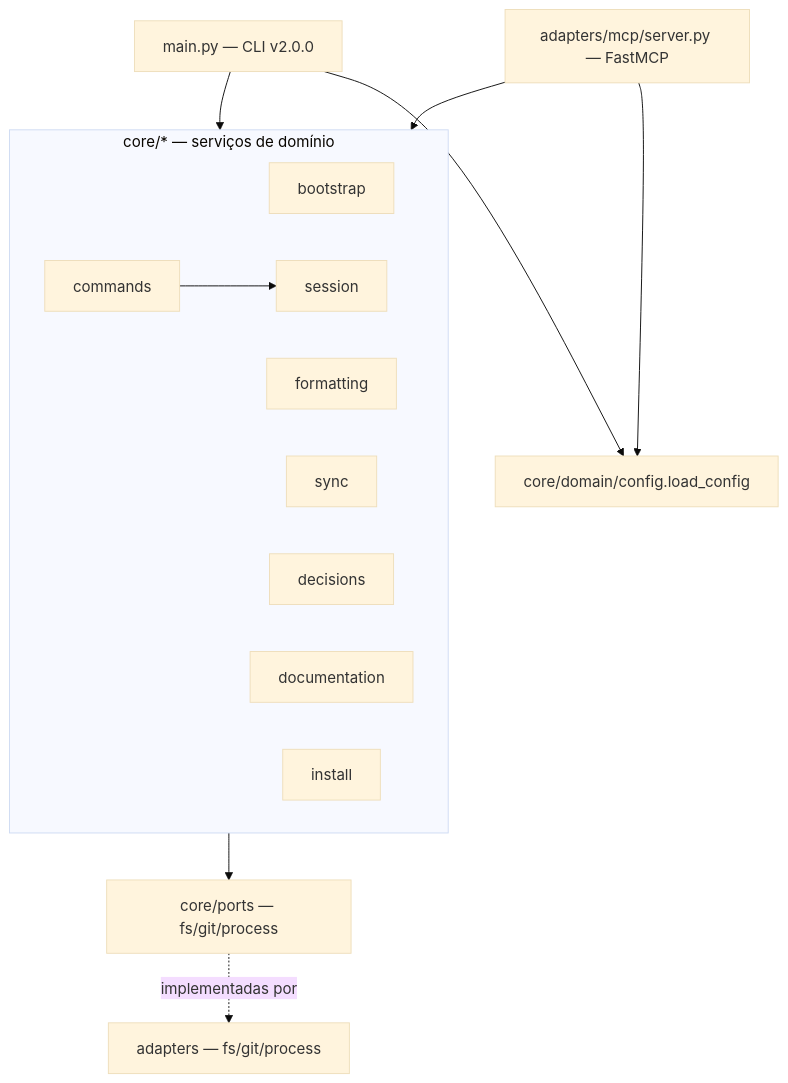
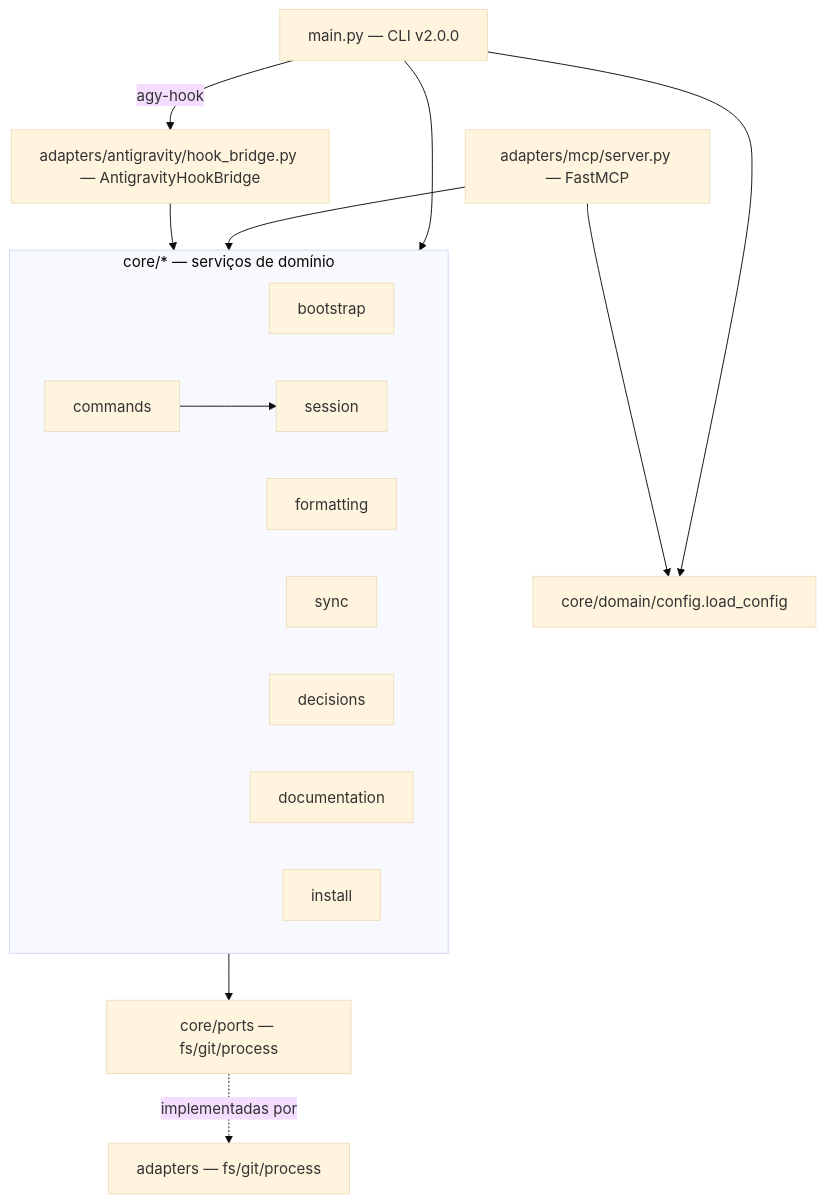
The diagram in _reversa_sdd/code-analysis.md (iago-leal/harness-config), drawn with Mermaid (base theme) before and after one commit. The commit also changed other lines of this file and 11 other files, not shown here.

````diff
--- a/_reversa_sdd/code-analysis.md
+++ b/_reversa_sdd/code-analysis.md
@@ -20,20 +20,22 @@
 ```mermaid
 graph TD
     CLI[main.py — CLI v2.0.0] --> Services
     MCP[adapters/mcp/server.py — FastMCP] --> Services
+    AGY[adapters/antigravity/hook_bridge.py — AntigravityHookBridge] --> Services
+    CLI -- agy-hook --> AGY
     subgraph Services[core/* — serviços de domínio]
         boot[bootstrap]
         fmt[formatting]
         sync[sync]
         dec[decisions]
         cmd[commands]
         doc[documentation]
         inst[install]
         sess[session]
     end
     Services --> Ports[core/ports — fs/git/process]
     Ports -.implementadas por.-> Adapters[adapters — fs/git/process]
     cmd --> sess
     CLI --> Config[core/domain/config.load_config]
     MCP --> Config
 ```
````
